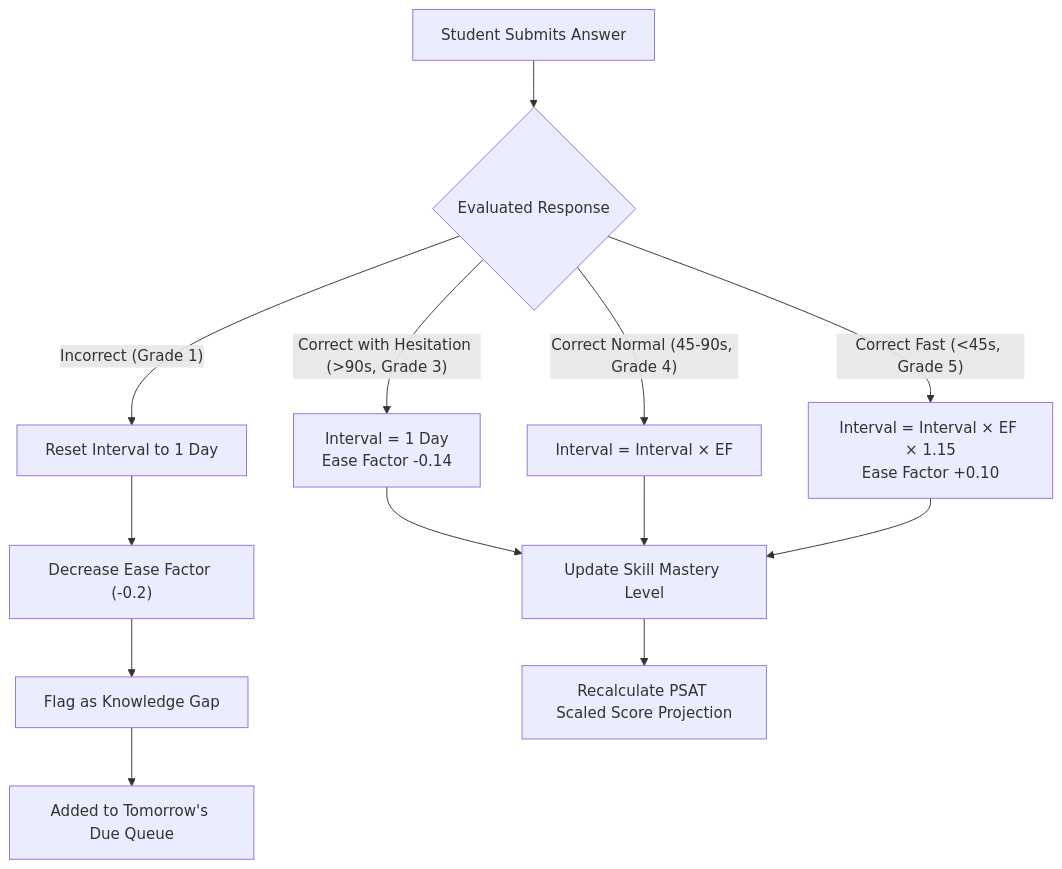
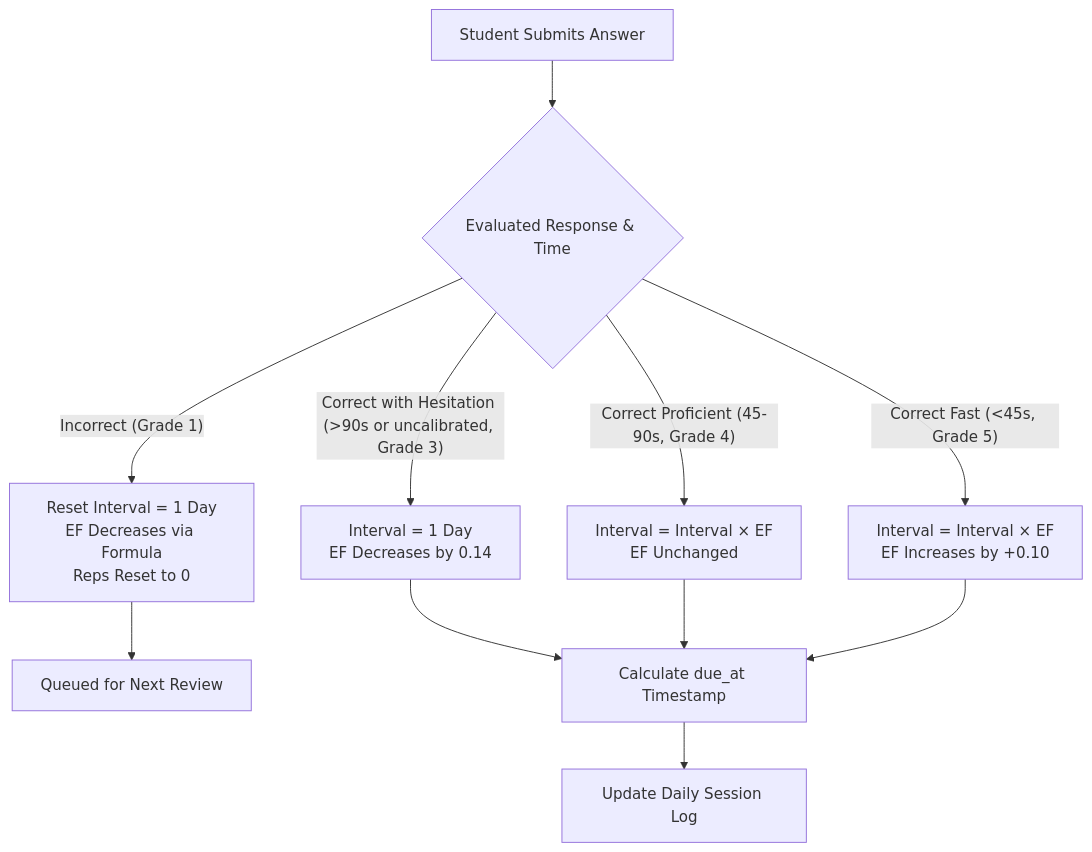
The second of 3 diagrams in SYSTEM_ARCHITECTURE_AND_PLAN.md (as17237/psat-prep), drawn with Mermaid before and after one commit. The commit also changed other lines of this file and 13 other files, not shown here.

Commit message:
fix(round-2): address all review items (section score gating, local calendar dates, prose FR parsing, dynamic mismatch detection, uploader hardening)

````diff
--- a/SYSTEM_ARCHITECTURE_AND_PLAN.md
+++ b/SYSTEM_ARCHITECTURE_AND_PLAN.md
@@ -193,18 +133,16 @@
 ```mermaid
 graph TD
-    A["Student Submits Answer"] --> B{"Evaluated Response"}
+    A["Student Submits Answer"] --> B{"Evaluated Response & Time"}
     
-    B -- "Incorrect (Grade 1)" --> C["Reset Interval to 1 Day"]
-    C --> D["Decrease Ease Factor (-0.2)"]
-    D --> E["Flag as Knowledge Gap"]
-    E --> F["Added to Tomorrow's Due Queue"]
+    B -- "Incorrect (Grade 1)" --> C["Reset Interval = 1 Day\nEF Decreases via Formula\nReps Reset to 0"]
+    C --> D["Queued for Next Review"]
 
-    B -- "Correct with Hesitation (>90s, Grade 3)" --> G["Interval = 1 Day\nEase Factor -0.14"]
-    B -- "Correct Normal (45-90s, Grade 4)" --> H["Interval = Interval × EF"]
-    B -- "Correct Fast (<45s, Grade 5)" --> I["Interval = Interval × EF × 1.15\nEase Factor +0.10"]
+    B -- "Correct with Hesitation (>90s or uncalibrated, Grade 3)" --> E["Interval = 1 Day\nEF Decreases by 0.14"]
+    B -- "Correct Proficient (45-90s, Grade 4)" --> F["Interval = Interval × EF\nEF Unchanged"]
+    B -- "Correct Fast (<45s, Grade 5)" --> G["Interval = Interval × EF\nEF Increases by +0.10"]
 
-    G --> J["Update Skill Mastery Level"]
-    H --> J
-    I --> J
-    J --> K["Recalculate PSAT Scaled Score Projection"]
+    E --> H["Calculate due_at Timestamp"]
+    F --> H
+    G --> H
+    H --> I["Update Daily Session Log"]
 ```
````
